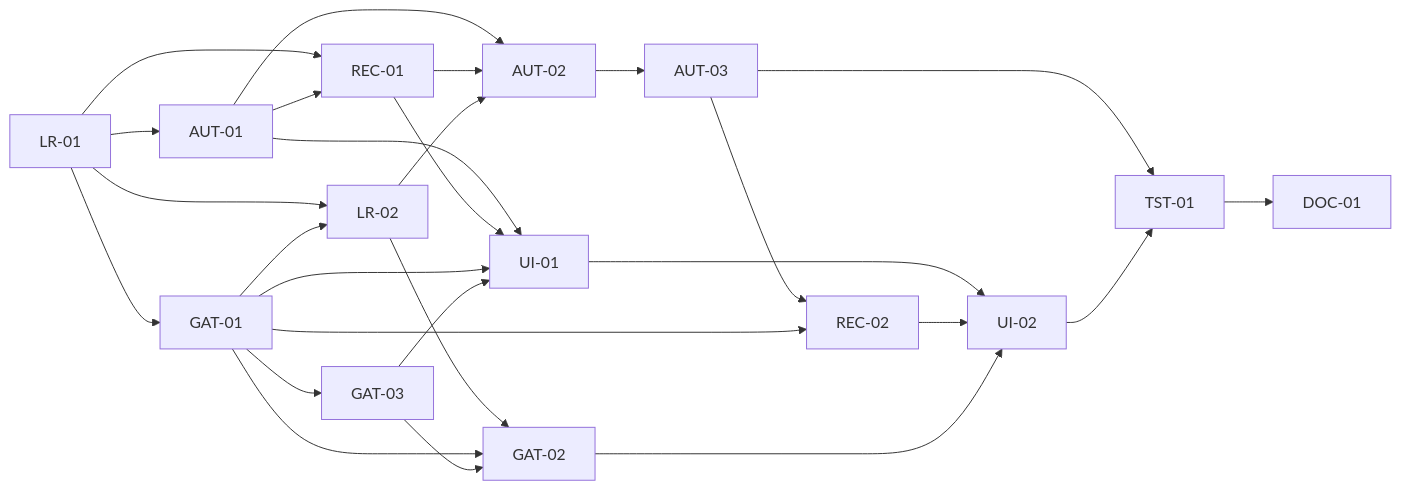
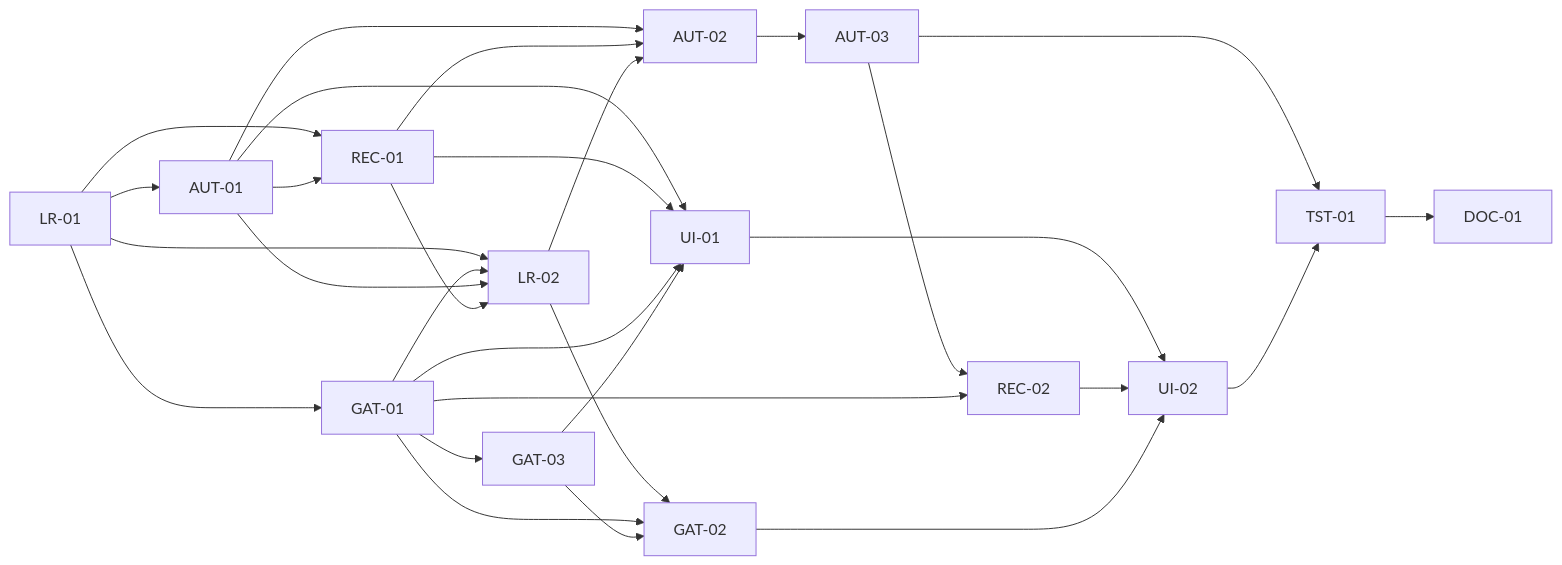
Before and after one commit to mhjmhj2002/naamive: the diagram in naamive/orchestration/demand-intake/node-web-orchestration-platform/16_PHASE_6_5_LIFECYCLE_ALIGNMENT_AND_AUTONOMOUS_ORCHESTRATION_RECOVERY.md, drawn with Mermaid. The commit also changed other lines of this file and 4 other files, not shown here.

````diff
--- a/naamive/orchestration/demand-intake/node-web-orchestration-platform/16_PHASE_6_5_LIFECYCLE_ALIGNMENT_AND_AUTONOMOUS_ORCHESTRATION_RECOVERY.md
+++ b/naamive/orchestration/demand-intake/node-web-orchestration-platform/16_PHASE_6_5_LIFECYCLE_ALIGNMENT_AND_AUTONOMOUS_ORCHESTRATION_RECOVERY.md
@@ -223,26 +223,28 @@
 ```mermaid
 flowchart LR
   LR01[LR-01] --> GAT01[GAT-01] --> GAT03[GAT-03]
   LR01 --> AUT01[AUT-01]
   LR01 --> REC01[REC-01]
   AUT01 --> REC01
   LR01 --> LR02[LR-02]
   GAT01 --> LR02
+  AUT01 --> LR02
+  REC01 --> LR02
   AUT01 --> AUT02[AUT-02]
   REC01 --> AUT02
   LR02 --> AUT02 --> AUT03[AUT-03] --> REC02[REC-02]
   GAT01 --> REC02
   LR02 --> GAT02[GAT-02]
   GAT01 --> GAT02
   GAT03 --> GAT02
   AUT01 --> UI01[UI-01]
   REC01 --> UI01
   GAT01 --> UI01
   GAT03 --> UI01
   UI01 --> UI02[UI-02]
   REC02 --> UI02
   GAT02 --> UI02
   AUT03 --> TST01[TST-01]
   UI02 --> TST01
   TST01 --> DOC01[DOC-01]
 ```
````
